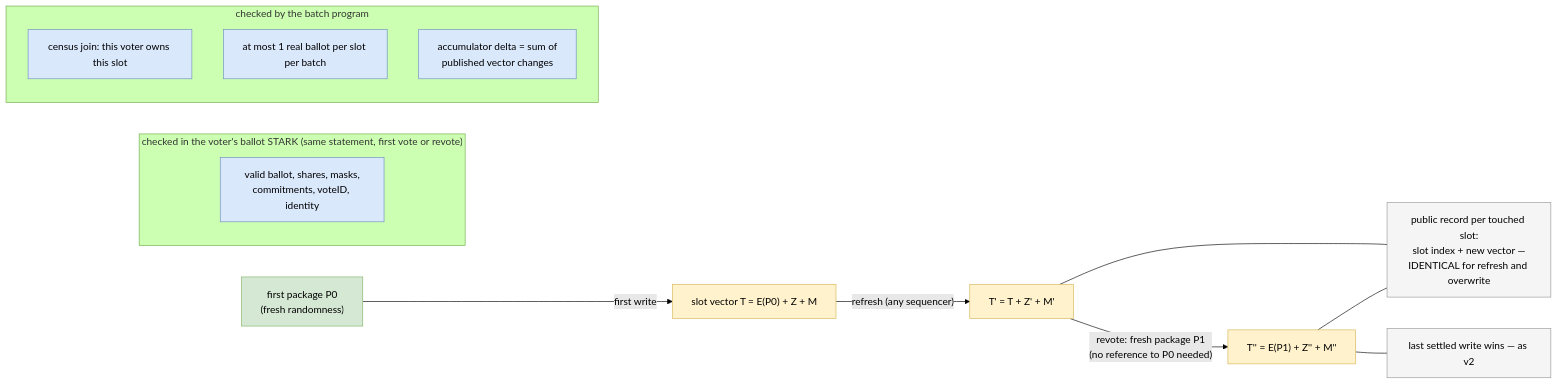
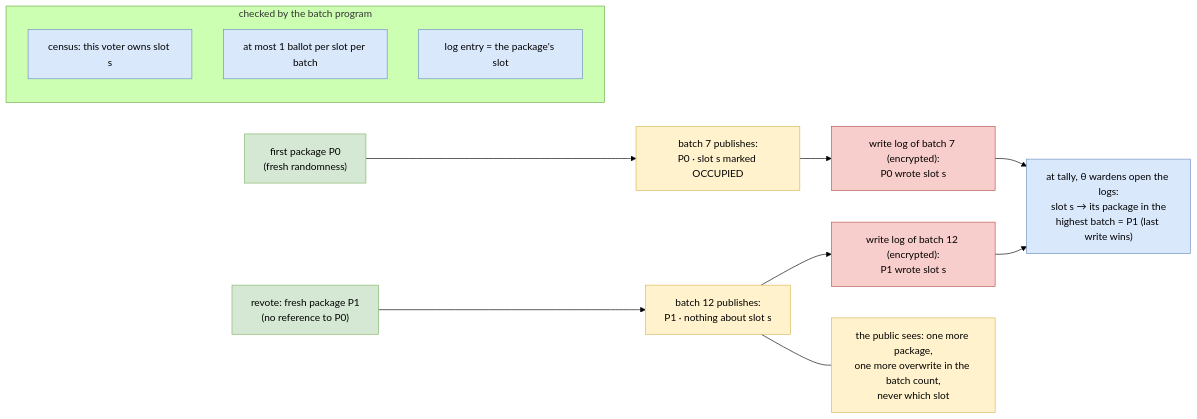
One commit to vocdoni/davinci-paper changed the diagram in v3-pq/figures/src/revote-lifecycle.mmd. Above: the diagram before and after it, drawn with Mermaid (forest theme). The commit also changed 30 other files, not shown here.

```diff
--- a/v3-pq/figures/src/revote-lifecycle.mmd
+++ b/v3-pq/figures/src/revote-lifecycle.mmd
@@ -1,21 +1,18 @@
 flowchart LR
   classDef pkg fill:#d5e8d4,stroke:#82b366;
-  classDef slot fill:#fff2cc,stroke:#d6b656;
+  classDef pub fill:#fff2cc,stroke:#d6b656;
+  classDef sec fill:#f8cecc,stroke:#b85450;
   classDef chk fill:#dae8fc,stroke:#6c8ebf;
-  classDef pub fill:#f5f5f5,stroke:#999999;
-  P0["first package P0<br/>(fresh randomness)"]:::pkg -->|"first write"| T1["slot vector T = E(P0) + Z + M"]:::slot
-  T1 -->|"refresh (any sequencer)"| T2["T' = T + Z' + M'"]:::slot
-  T2 -->|"revote: fresh package P1<br/>(no reference to P0 needed)"| T3["T'' = E(P1) + Z'' + M''"]:::slot
-  O["public record per touched slot:<br/>slot index + new vector —<br/>IDENTICAL for refresh and overwrite"]:::pub
-  T2 --- O
-  T3 --- O
-  subgraph STARK["checked in the voter's ballot STARK (same statement, first vote or revote)"]
-    S1["valid ballot, shares, masks,<br/>commitments, voteID, identity"]:::chk
+  P0["first package P0<br/>(fresh randomness)"]:::pkg --> B1["batch 7 publishes:<br/>P0 · slot s marked OCCUPIED"]:::pub
+  P1["revote: fresh package P1<br/>(no reference to P0)"]:::pkg --> B2["batch 12 publishes:<br/>P1 · nothing about slot s"]:::pub
+  B1 --> L1["write log of batch 7 (encrypted):<br/>P0 wrote slot s"]:::sec
+  B2 --> L2["write log of batch 12 (encrypted):<br/>P1 wrote slot s"]:::sec
+  L1 --> T["at tally, θ wardens open the logs:<br/>slot s → its package in the<br/>highest batch = P1 (last write wins)"]:::chk
+  L2 --> T
+  O["the public sees: one more package,<br/>one more overwrite in the batch count,<br/>never which slot"]:::pub
+  B2 --- O
+  subgraph BATCH["checked by the batch program"]
+    C1["census: this voter owns slot s"]:::chk
+    C2["at most 1 ballot per slot per batch"]:::chk
+    C3["log entry = the package's slot"]:::chk
   end
-  subgraph BATCH["checked by the batch program"]
-    B1["census join: this voter owns this slot"]:::chk
-    B2["at most 1 real ballot per slot per batch"]:::chk
-    B3["accumulator delta = sum of<br/>published vector changes"]:::chk
-  end
-  P1x["last settled write wins — as v2"]:::pub
-  T3 --- P1x
```
